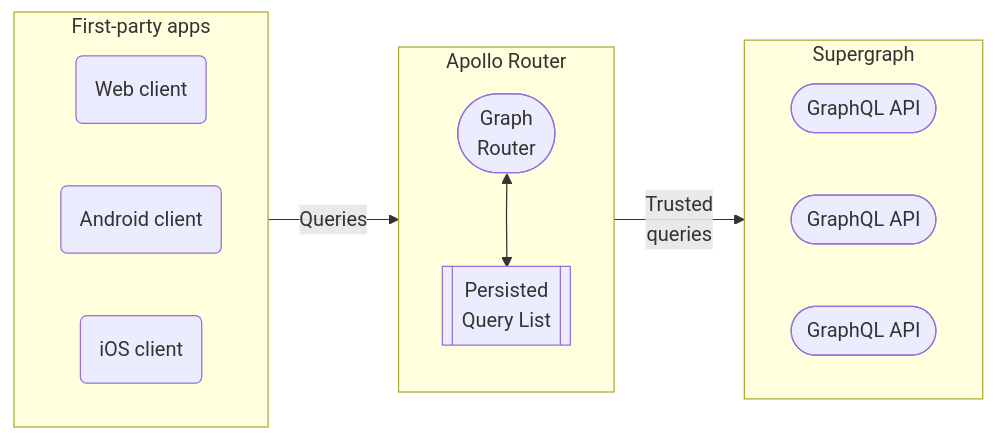
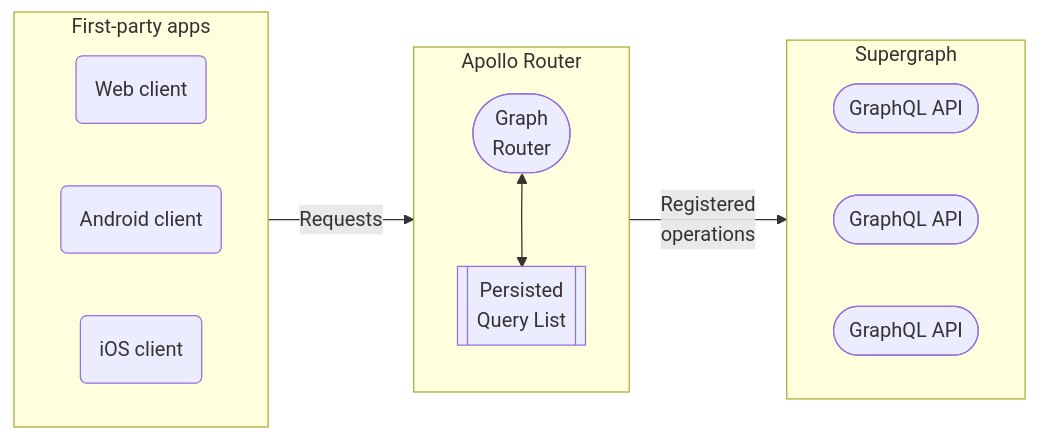
Before and after one commit to apollographql/docs: the diagram in src/content/shared/pq-intro.mdx, drawn with Mermaid. The commit also changed other lines of this file and 6 other files, not shown here.

````diff
--- a/src/content/shared/pq-intro.mdx
+++ b/src/content/shared/pq-intro.mdx
@@ -3,22 +5,22 @@
 ```mermaid
 flowchart LR
   subgraph Apps["First-party apps"]
   direction LR
   webClient("Web client");
   androidClient("Android client");
   iosClient("iOS client");
   end
     subgraph Router["Apollo Router"]
         direction TB
         router(["Graph<br/>Router"]);
         pql[[Persisted<br/>Query List]];
         router <--> pql
     end
   subgraph Supergraph
   direction LR
   api1(["GraphQL API"]);
   api2(["GraphQL API"]);
   api3(["GraphQL API"]);
   end
-  Apps -->|Queries| Router -->|Trusted<br/> queries| Supergraph
+  Apps -->|Requests| Router -->|Registered<br/> operations| Supergraph
 ```
````
